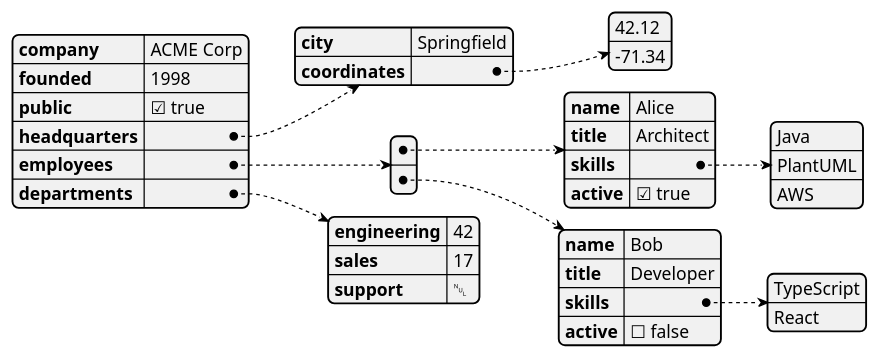
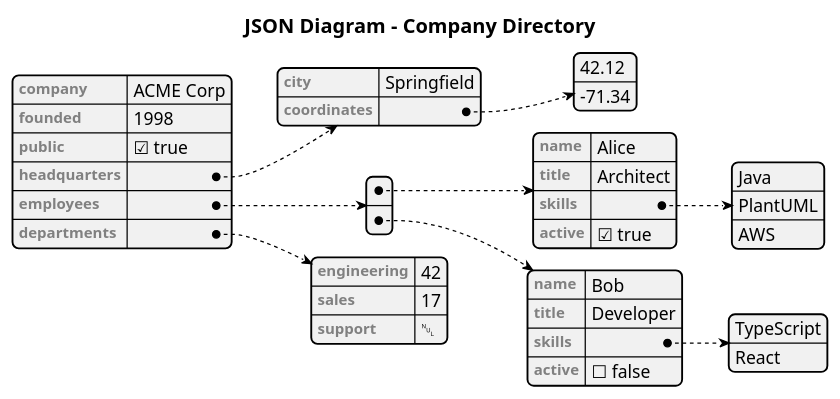
One commit to diosaraiva/plantuml-gui changed the diagram in plantuml-gui-java/src/main/resources/plantuml/samples/diagram_json.puml. Above: the diagram before and after it, drawn with PlantUML. The commit also changed 110 other files, not shown here.

First line of the commit message:
Samples: number the gallery, normalize every sample to the UML skeleton

```diff
--- a/plantuml-gui-java/src/main/resources/plantuml/samples/diagram_json.puml
+++ b/plantuml-gui-java/src/main/resources/plantuml/samples/diagram_json.puml
@@ -1,31 +1,63 @@
 @startjson
+<style>
+title {
+  HorizontalAlignment center
+  FontSize 16
+  FontColor black
+}
+
+header {
+  HorizontalAlignment center
+  FontSize 12
+  FontColor gray
+}
+
+footer {
+  HorizontalAlignment center
+  FontSize 12
+  FontColor gray
+}
+
+legend {
+  FontSize 12
+  BackGroundColor white
+}
+
+caption {
+  FontSize 32
+}
+</style>
+
+title JSON Diagram - Company Directory
+
 #highlight "employees" /1 "skills"
 {
   "company": "ACME Corp",
   "founded": 1998,
   "public": true,
   "headquarters": {
     "city": "Springfield",
     "coordinates": [42.12, -71.34]
   },
   "employees": [
     {
       "name": "Alice",
       "title": "Architect",
       "skills": ["Java", "PlantUML", "AWS"],
       "active": true
     },
     {
       "name": "Bob",
       "title": "Developer",
       "skills": ["TypeScript", "React"],
       "active": false
     }
   ],
   "departments": {
     "engineering": 42,
     "sales": 17,
     "support": null
   }
 }
+
 @endjson
```
